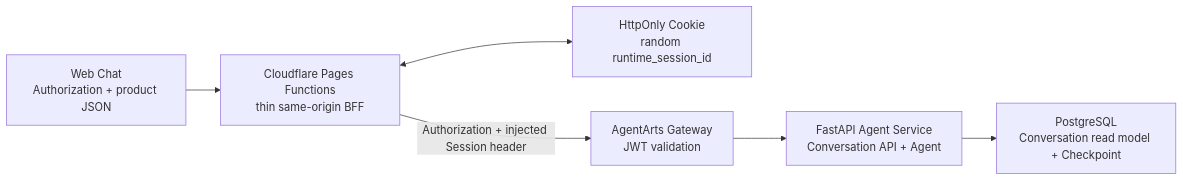
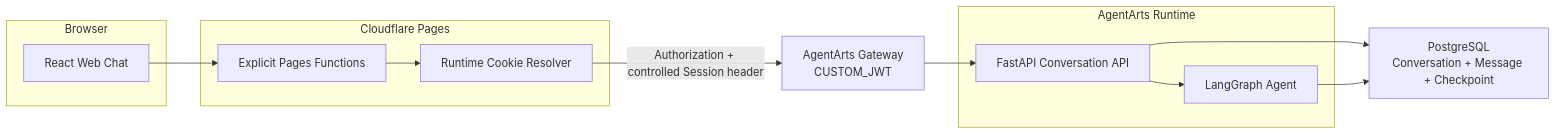
The first of 3 diagrams in personal-assistant-meta/issues/features/feature-14-multi-session-runtime-prewarm/issue.md (T-1009/personal-assistant), drawn with Mermaid before and after one commit. The commit also changed other lines of this file and 4 other files, not shown here.

````diff
--- a/personal-assistant-meta/issues/features/feature-14-multi-session-runtime-prewarm/issue.md
+++ b/personal-assistant-meta/issues/features/feature-14-multi-session-runtime-prewarm/issue.md
@@ -90,15 +126,28 @@
 ```mermaid
 flowchart LR
-    Browser["Web Chat<br/>Authorization + product JSON"]
-    BFF["Cloudflare Pages Functions<br/>thin same-origin BFF"]
-    Cookie["HttpOnly Cookie<br/>random runtime_session_id"]
-    Gateway["AgentArts Gateway<br/>JWT validation"]
-    Service["FastAPI Agent Service<br/>Conversation API + Agent"]
-    DB["PostgreSQL<br/>Conversation read model + Checkpoint"]
+    subgraph Browser["Browser"]
+        UI["React Web Chat"]
+    end
 
-    Browser --> BFF
-    BFF <--> Cookie
-    BFF -->|"Authorization + injected Session header"| Gateway
-    Gateway --> Service
-    Service --> DB
+    subgraph Edge["Cloudflare Pages"]
+        BFF["Explicit Pages Functions"]
+        Cookie["Runtime Cookie Resolver"]
+    end
+
+    Gateway["AgentArts Gateway<br/>CUSTOM_JWT"]
+
+    subgraph Runtime["AgentArts Runtime"]
+        API["FastAPI Conversation API"]
+        Agent["LangGraph Agent"]
+    end
+
+    DB["PostgreSQL<br/>Conversation + Message + Checkpoint"]
+
+    UI --> BFF
+    BFF --> Cookie
+    Cookie -->|"Authorization + controlled Session header"| Gateway
+    Gateway --> API
+    API --> DB
+    API --> Agent
+    Agent --> DB
 ```
````
